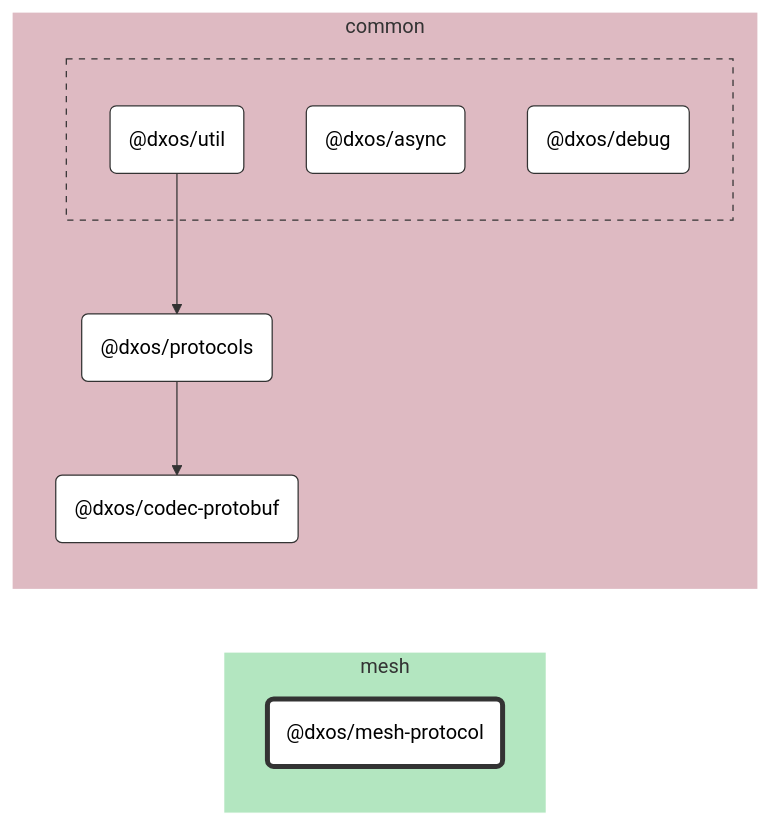
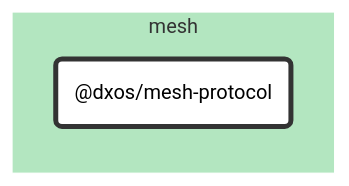
The diagram in packages/mesh/mesh-protocol/docs/README.md (dxos/dxos), drawn with Mermaid (forest theme) before and after one commit. The commit also changed 84 other files, not shown here.

````diff
--- a/packages/mesh/mesh-protocol/docs/README.md
+++ b/packages/mesh/mesh-protocol/docs/README.md
@@ -7,52 +7,20 @@
 ```mermaid
 %%{ init: {'flowchart':{'curve':'basis'}} }%%
 
 flowchart LR
 
-%% Links
-dxos/protocols --> dxos/codec-protobuf;
-dxos/util --> dxos/protocols;
+%% Classes
+classDef default fill:#fff,stroke:#333,stroke-width:1px
+classDef root fill:#fff,stroke:#333,stroke-width:4px
 
-%% Sections
-subgraph mesh
-  style mesh fill:#b3e6c0,stroke:#fff;
+%% Nodes
 
-  dxos/mesh-protocol("@dxos/mesh-protocol")
+subgraph mesh [mesh]
+  style mesh fill:#b3e6c0,stroke:#fff
+  dxos/mesh-protocol("@dxos/mesh-protocol"):::root
+  click dxos/mesh-protocol "dxos/dxos/tree/main/packages/mesh/mesh-protocol/docs"
 end
 
-subgraph common
-  style common fill:#debac2,stroke:#fff;
-
-  dxos/codec-protobuf("@dxos/codec-protobuf")
-  dxos/protocols("@dxos/protocols")
-
-  subgraph common-excluded [ ]
-    style common-excluded fill:#debac2,stroke:#333,stroke-dasharray:5 5;
-
-    dxos/async("@dxos/async")
-    dxos/debug("@dxos/debug")
-    dxos/util("@dxos/util")
-  end
-end
-
-
-%% Hyperlinks
-click dxos/async "dxos/dxos/tree/main/packages/common/async/docs";
-click dxos/codec-protobuf "dxos/dxos/tree/main/packages/common/codec-protobuf/docs";
-click dxos/debug "dxos/dxos/tree/main/packages/common/debug/docs";
-click dxos/protocols "dxos/dxos/tree/main/packages/common/protocols/docs";
-click dxos/util "dxos/dxos/tree/main/packages/common/util/docs";
-
-%% Styles
-classDef rootNode fill:#fff,stroke:#333,stroke-width:4px
-classDef defaultNode fill:#fff,stroke:#333,stroke-width:1px
+%% Links
 linkStyle default stroke:#333,stroke-width:1px
-
-dxos/mesh-protocol:::rootNode
-
-dxos/async:::defaultNode
-dxos/codec-protobuf:::defaultNode
-dxos/debug:::defaultNode
-dxos/protocols:::defaultNode
-dxos/util:::defaultNode
 ```
````
